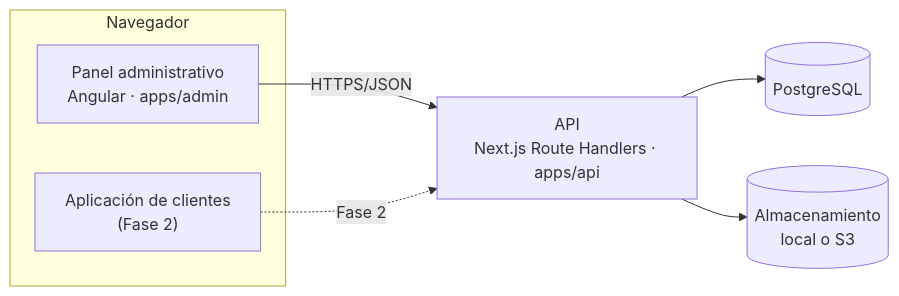
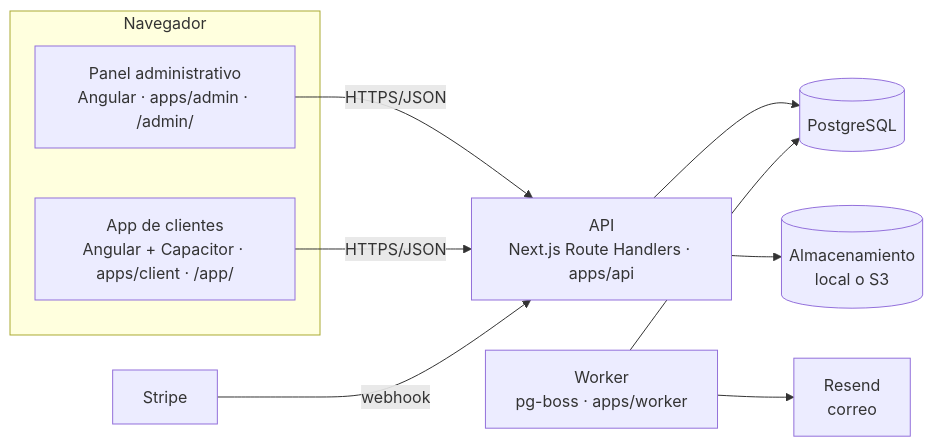
The diagram in README.md (erickgs2/ruta_mochilera), drawn with Mermaid before and after one commit. The commit also changed other lines of this file and 19 other files, not shown here.

First line of the commit message:
docs: complete phase 2a diagrams, deployment and conventions

````diff
--- a/README.md
+++ b/README.md
@@ -16,11 +19,14 @@
 ```mermaid
 flowchart LR
     subgraph Navegador
-        A[Panel administrativo<br/>Angular · apps/admin]
-        C["Aplicación de clientes<br/>(Fase 2)"]
+        A["Panel administrativo<br/>Angular · apps/admin · /admin/"]
+        C["App de clientes<br/>Angular + Capacitor · apps/client · /app/"]
     end
-    A -- HTTPS/JSON --> B[API<br/>Next.js Route Handlers · apps/api]
-    C -. Fase 2 .-> B
+    A -- HTTPS/JSON --> B["API<br/>Next.js Route Handlers · apps/api"]
+    C -- HTTPS/JSON --> B
+    S["Stripe"] -- webhook --> B
     B --> D[(PostgreSQL)]
-    B --> E[(Almacenamiento<br/>local o S3)]
+    B --> E[("Almacenamiento<br/>local o S3")]
+    W["Worker<br/>pg-boss · apps/worker"] --> D
+    W --> R["Resend<br/>correo"]
 ```
````
